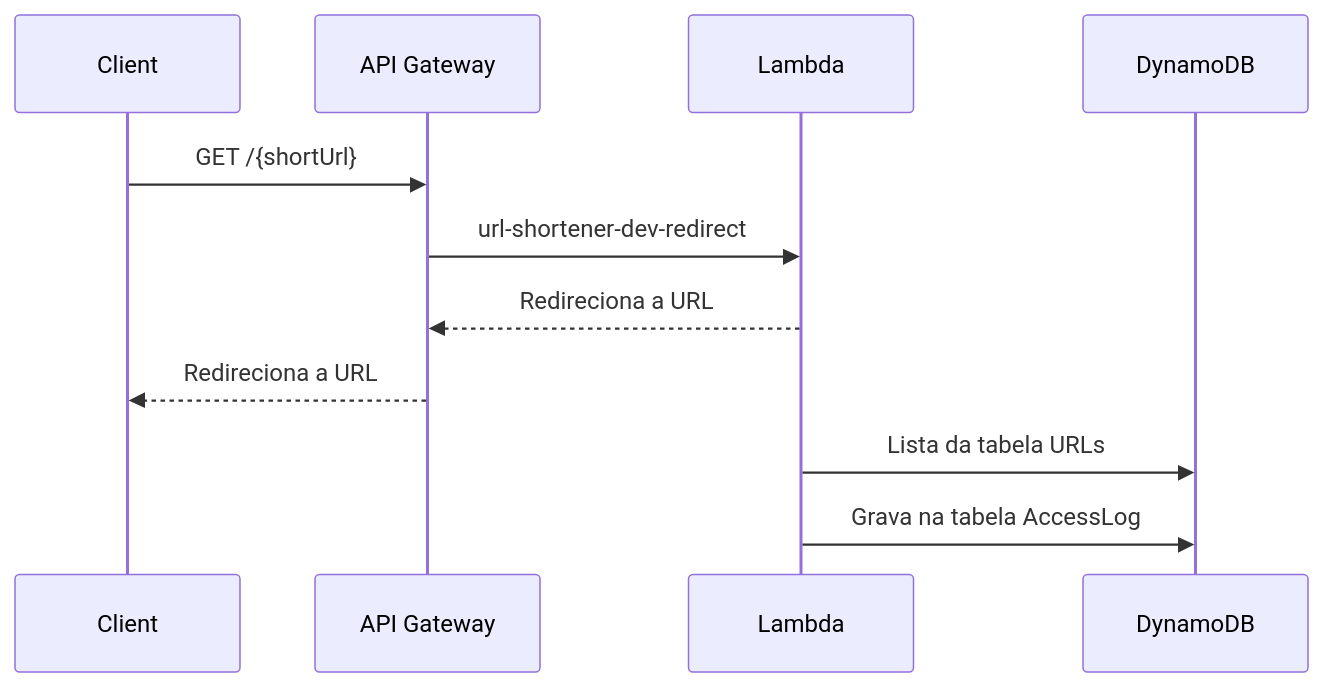
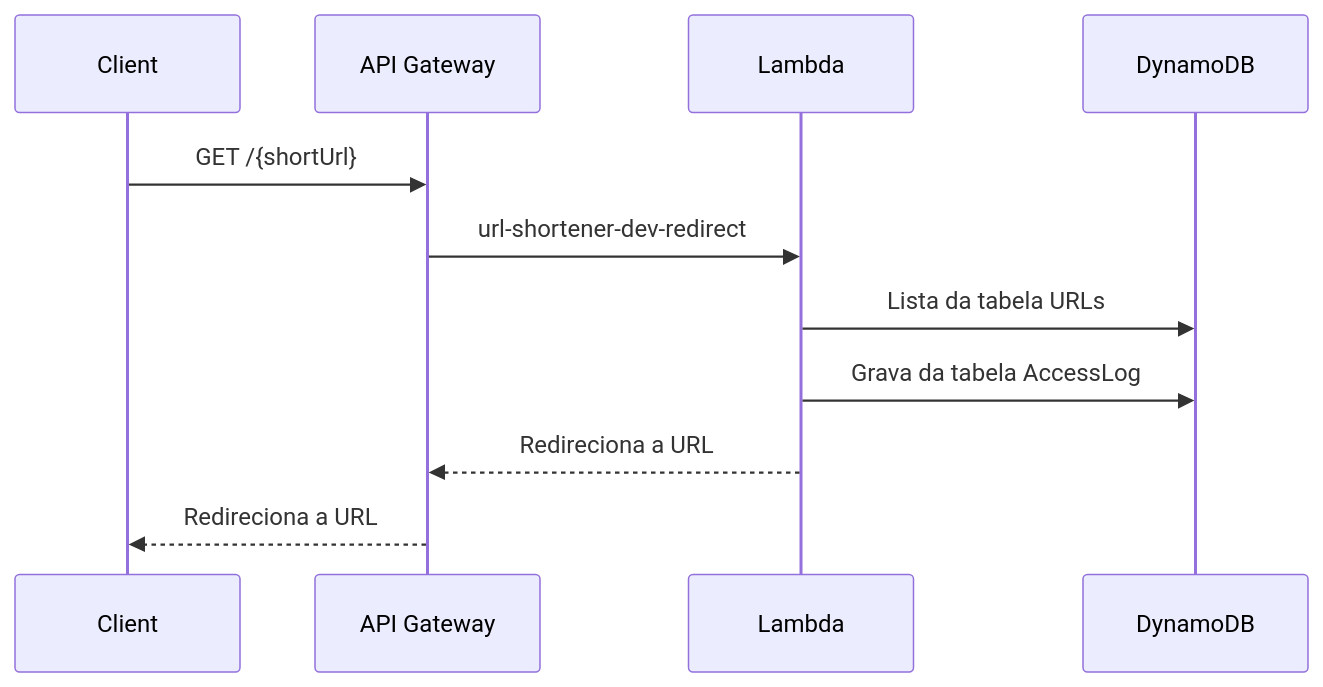
The third of 4 diagrams in README.md (guimathiago/url-shortener), drawn with Mermaid before and after one commit. The commit also changed other lines of this file, not shown here.

````diff
--- a/README.md
+++ b/README.md
@@ -97,14 +98,14 @@
 ```mermaid
 sequenceDiagram
 participant Client
 participant API Gateway
 participant Lambda
 participant DynamoDB
 
 Client->>API Gateway: GET /{shortUrl}
 API Gateway->>Lambda: url-shortener-dev-redirect
+Lambda->>DynamoDB: Lista da tabela URLs
+Lambda->>DynamoDB: Grava da tabela AccessLog
 Lambda-->>API Gateway: Redireciona a URL
 API Gateway-->>Client: Redireciona a URL
-Lambda->>DynamoDB: Lista da tabela URLs
-Lambda->>DynamoDB: Grava na tabela AccessLog
 ```
````
